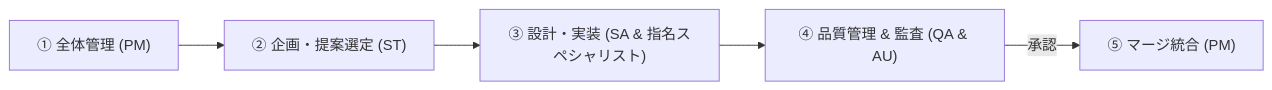
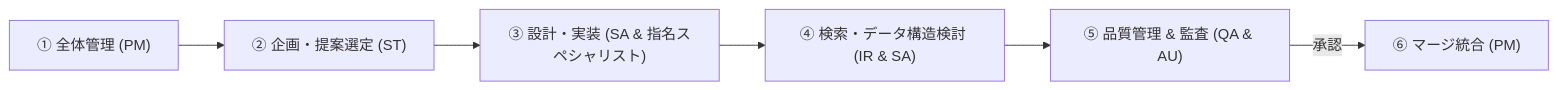
Before and after one commit to rokujyouhitoma/registered-Information-security-specialist-examination: the first of 2 diagrams in project-docs/processes/PROC-02-agent_roles.md, drawn with Mermaid. The commit also changed other lines of this file and 4 other files, not shown here.

````diff
--- a/project-docs/processes/PROC-02-agent_roles.md
+++ b/project-docs/processes/PROC-02-agent_roles.md
@@ -13,7 +13,8 @@
 ```mermaid
 flowchart LR
     A["① 全体管理 (PM)"] --> B["② 企画・提案選定 (ST)"]
     B --> C["③ 設計・実装 (SA & 指名スペシャリスト)"]
-    C --> D["④ 品質管理 & 監査 (QA & AU)"]
-    D -->|承認| E["⑤ マージ統合 (PM)"]
+    C --> D["④ 検索・データ構造検討 (IR & SA)"]
+    D --> E["⑤ 品質管理 & 監査 (QA & AU)"]
+    E -->|承認| F["⑥ マージ統合 (PM)"]
 ```
````
